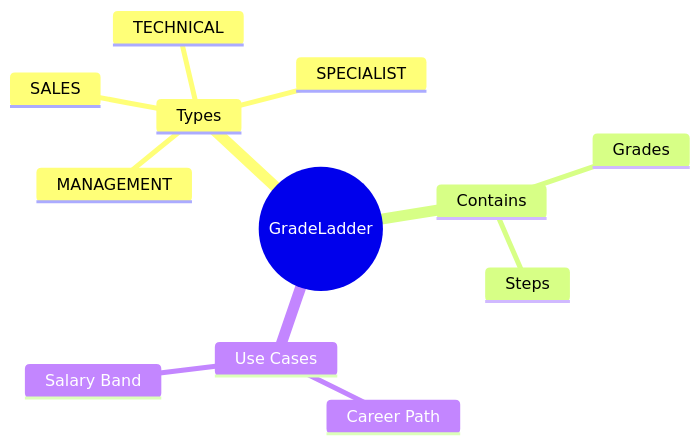
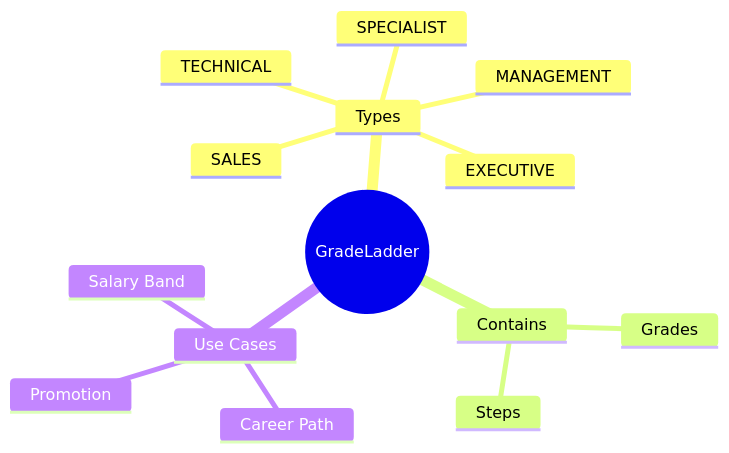
Before and after one commit to a4b-corporation/xTalent: the first of 4 diagrams in docs/01-modules/TR/00-ontology/domain/job-architecture/grade-ladder.onto.md, drawn with Mermaid. The commit also changed other lines of this file and 14 other files, not shown here.

````diff
--- a/docs/01-modules/TR/00-ontology/domain/job-architecture/grade-ladder.onto.md
+++ b/docs/01-modules/TR/00-ontology/domain/job-architecture/grade-ladder.onto.md
@@ -115,15 +117,17 @@
 ```mermaid
 mindmap
   root((GradeLadder))
     Types
       MANAGEMENT
       TECHNICAL
       SPECIALIST
       SALES
+      EXECUTIVE
     Contains
       Grades
       Steps
     Use Cases
       Career Path
       Salary Band
+      Promotion
 ```
````
